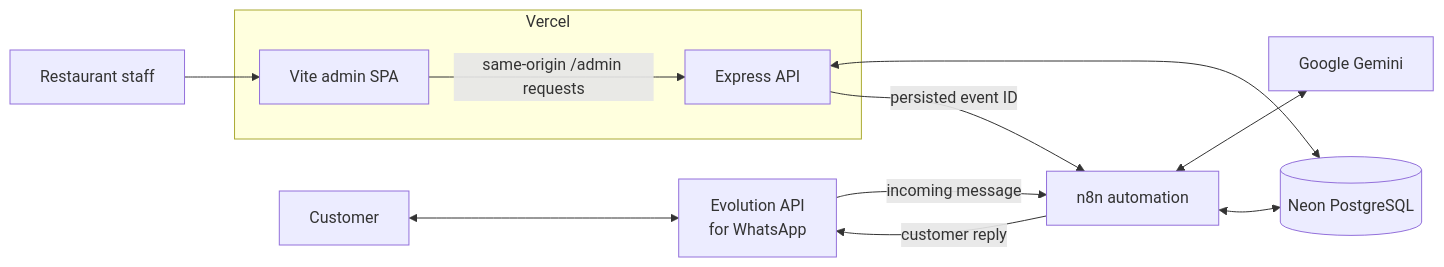
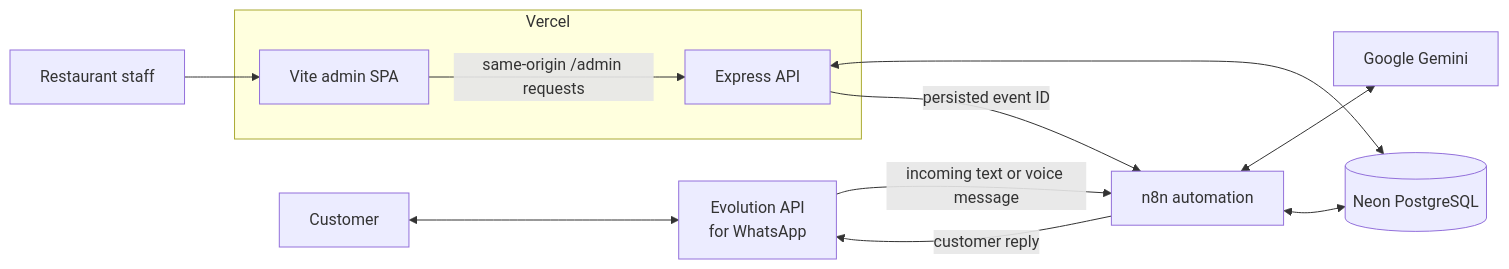
Before and after one commit to muhammad-abbas-10/Pizza-Whatsapp-AI-Bot: the first of 3 diagrams in README.md, drawn with Mermaid. The commit also changed other lines of this file and 1 other file, not shown here.

Commit message:
transcription of customer voice notes

````diff
--- a/README.md
+++ b/README.md
@@ -95,25 +96,25 @@
 ```mermaid
 flowchart LR
     Customer[Customer]
     WA[Evolution API<br/>for WhatsApp]
     N8N[n8n automation]
     Gemini[Google Gemini]
     DB[(Neon PostgreSQL)]
     Browser[Restaurant staff]
 
     subgraph Vercel
       SPA[Vite admin SPA]
       API[Express API]
     end
 
     Customer <--> WA
-    WA -->|incoming message| N8N
+    WA -->|incoming text or voice message| N8N
     N8N -->|customer reply| WA
     N8N <--> Gemini
     N8N <--> DB
 
     Browser --> SPA
     SPA -->|same-origin /admin requests| API
     API <--> DB
     API -->|persisted event ID| N8N
 ```
````
